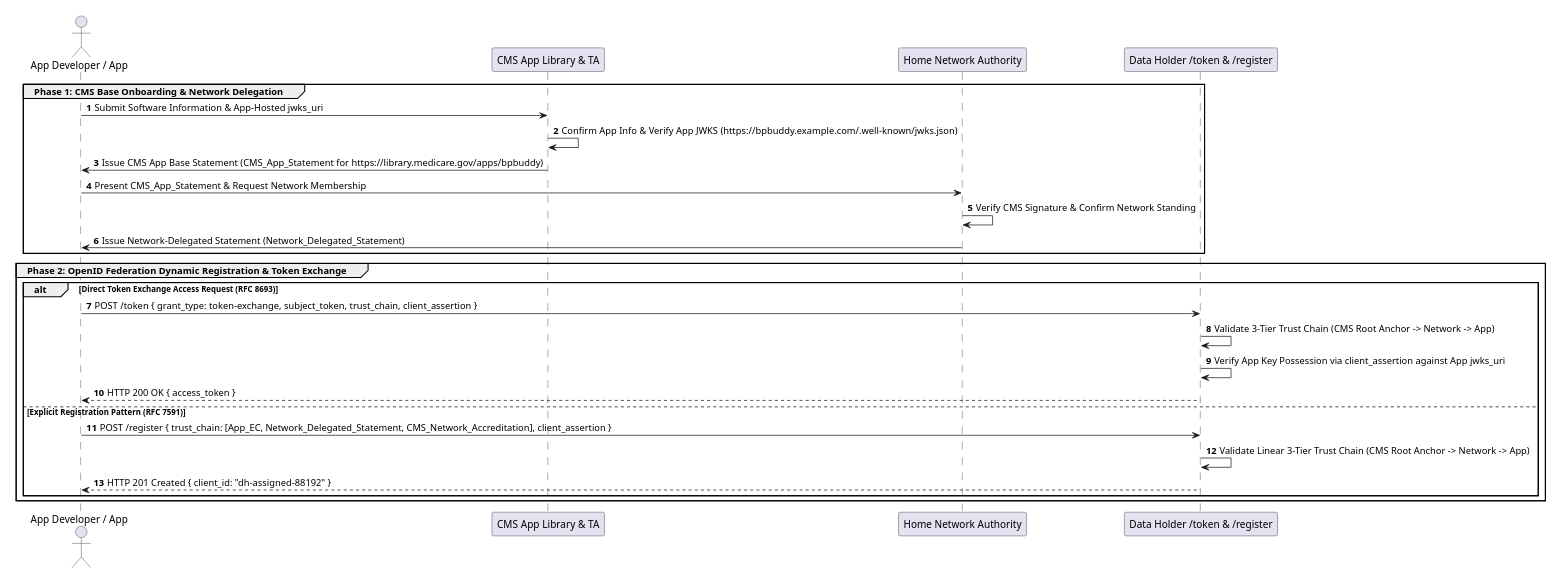
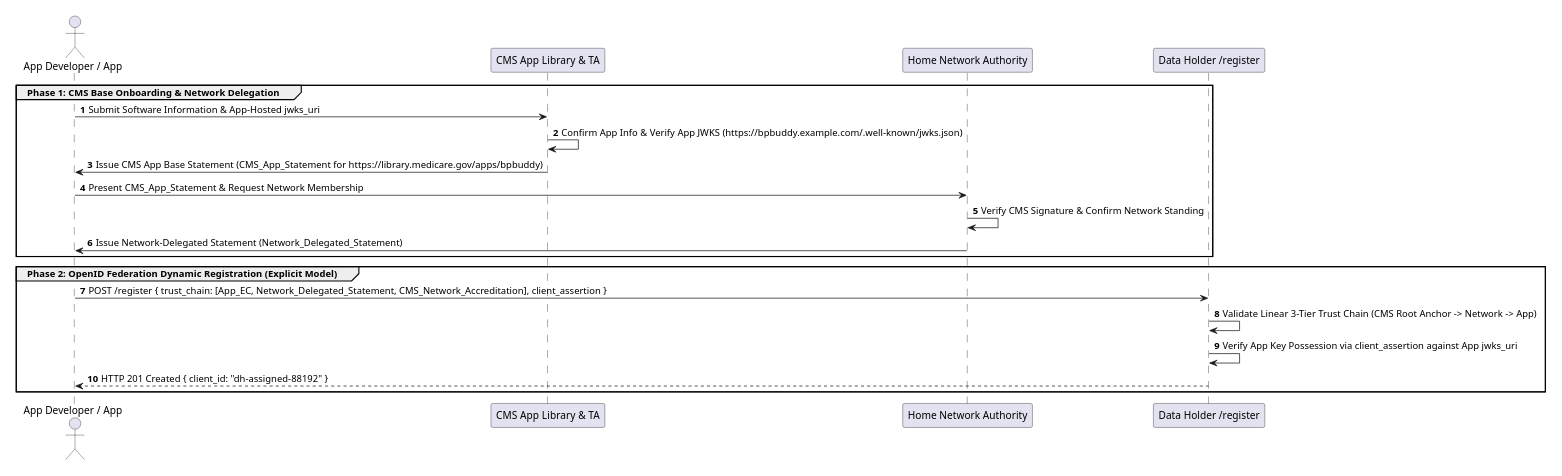
One commit to alex-dzeda/can-ig changed the diagram in input/page-content/registration-openid-federation.md. Above: the diagram before and after it, drawn with PlantUML. The commit also changed other lines of this file and 3 other files, not shown here.

````diff
--- a/input/page-content/registration-openid-federation.md
+++ b/input/page-content/registration-openid-federation.md
@@ -37,32 +37,26 @@
 ```plantuml
 @startuml
 scale max 1000 width
 autonumber
 actor "App Developer / App" as App
 participant "CMS App Library & TA" as CMS
 participant "Home Network Authority" as Network
-participant "Data Holder /token & /register" as DH
+participant "Data Holder /register" as DH
 
 group Phase 1: CMS Base Onboarding & Network Delegation
 App -> CMS: Submit Software Information & App-Hosted jwks_uri
 CMS -> CMS: Confirm App Info & Verify App JWKS (https://bpbuddy.example.com/.well-known/jwks.json)
 CMS -> App: Issue CMS App Base Statement (CMS_App_Statement for https://library.medicare.gov/apps/bpbuddy)
 App -> Network: Present CMS_App_Statement & Request Network Membership
 Network -> Network: Verify CMS Signature & Confirm Network Standing
 Network -> App: Issue Network-Delegated Statement (Network_Delegated_Statement)
 end
 
-group Phase 2: OpenID Federation Dynamic Registration & Token Exchange
-alt Direct Token Exchange Access Request (RFC 8693)
-App -> DH: POST /token { grant_type: token-exchange, subject_token, trust_chain, client_assertion }
-DH -> DH: Validate 3-Tier Trust Chain (CMS Root Anchor -> Network -> App)
-DH -> DH: Verify App Key Possession via client_assertion against App jwks_uri
-DH --> App: HTTP 200 OK { access_token }
-else Explicit Registration Pattern (RFC 7591)
+group Phase 2: OpenID Federation Dynamic Registration (Explicit Model)
 App -> DH: POST /register { trust_chain: [App_EC, Network_Delegated_Statement, CMS_Network_Accreditation], client_assertion }
 DH -> DH: Validate Linear 3-Tier Trust Chain (CMS Root Anchor -> Network -> App)
+DH -> DH: Verify App Key Possession via client_assertion against App jwks_uri
 DH --> App: HTTP 201 Created { client_id: "dh-assigned-88192" }
-end
 end
 @enduml
 ```
````
